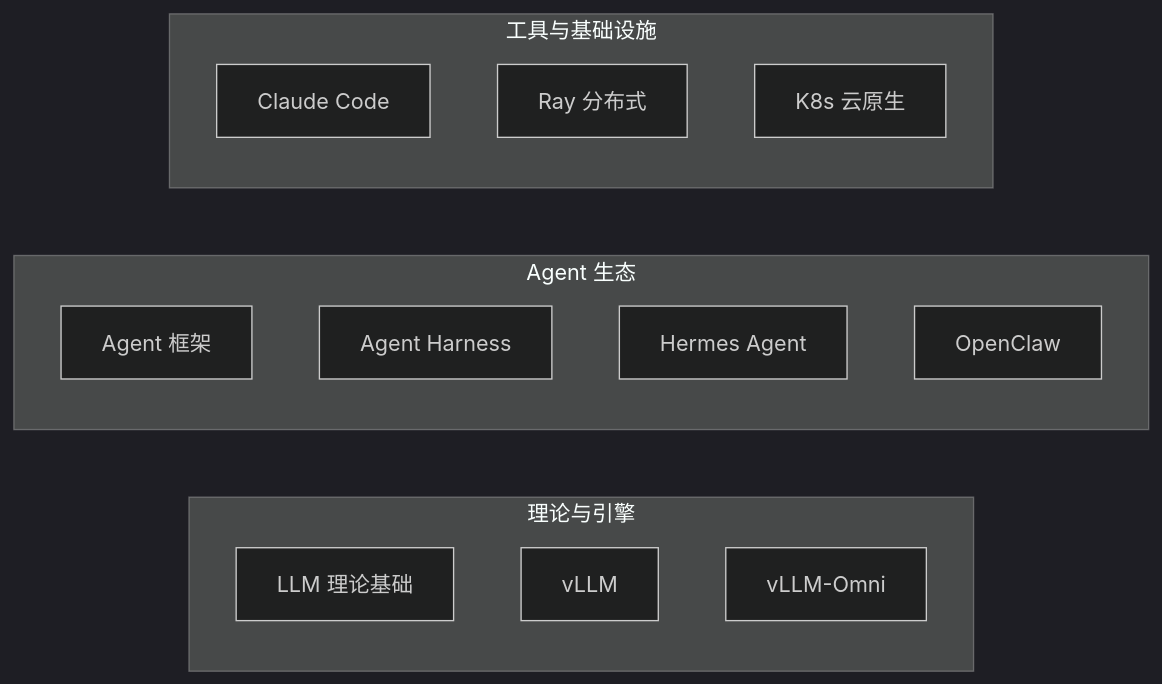
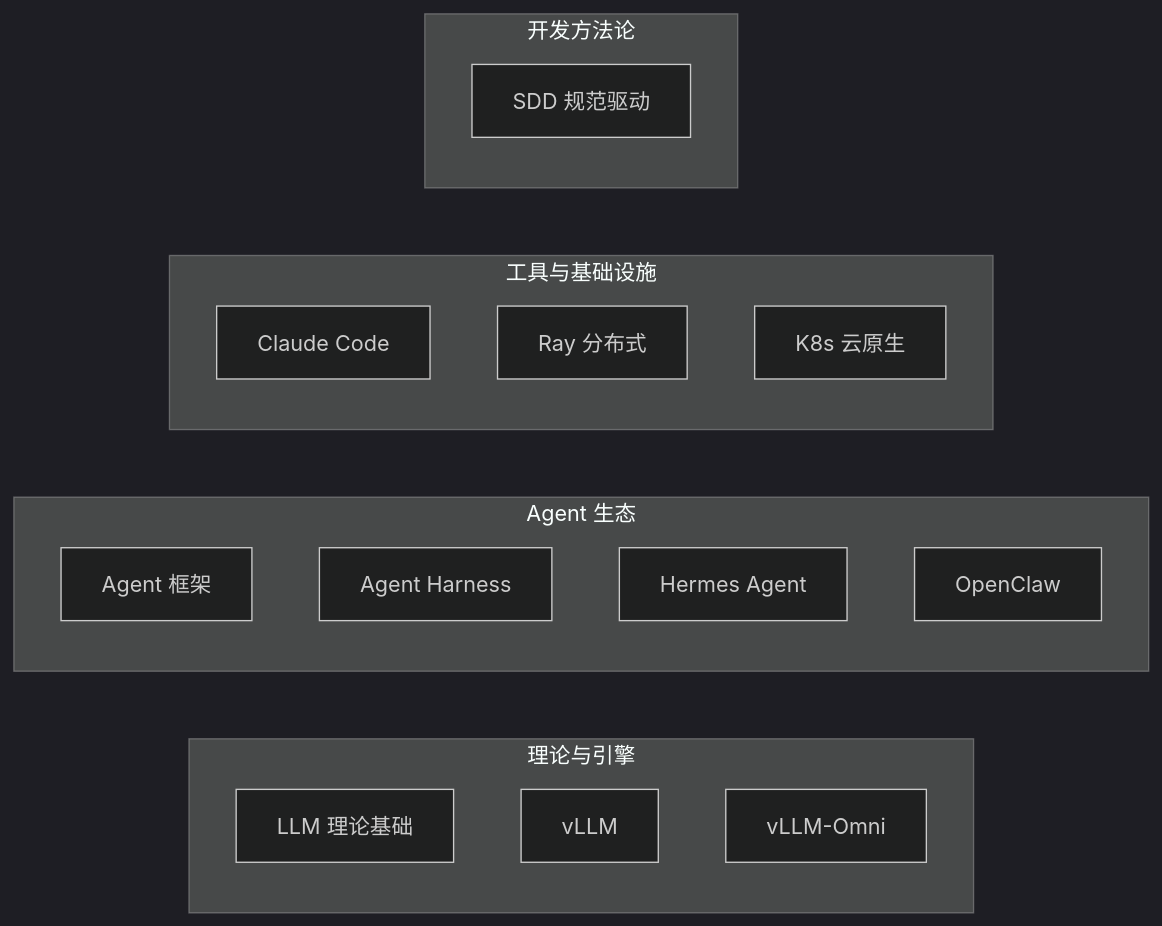
The first of 2 diagrams in README.md (keyuanweb/ai-learning-path), drawn with Mermaid (dark theme) before and after one commit. The commit also changed other lines of this file and 31 other files, not shown here.

````diff
--- a/README.md
+++ b/README.md
@@ -7,22 +7,26 @@
 ```mermaid
 flowchart LR
   subgraph theory [理论与引擎]
     direction TB
     p1[LLM 理论基础]
     p2[vLLM]
     p3[vLLM-Omni]
   end
   subgraph agentEco [Agent 生态]
     direction TB
     p4[Agent 框架]
     p4b[Agent Harness]
     p5[Hermes Agent]
     p6[OpenClaw]
   end
   subgraph tooling [工具与基础设施]
     direction TB
     p7[Claude Code]
     p8[Ray 分布式]
     p9[K8s 云原生]
   end
+  subgraph methodology [开发方法论]
+    direction TB
+    p10[SDD 规范驱动]
+  end
 ```
````
